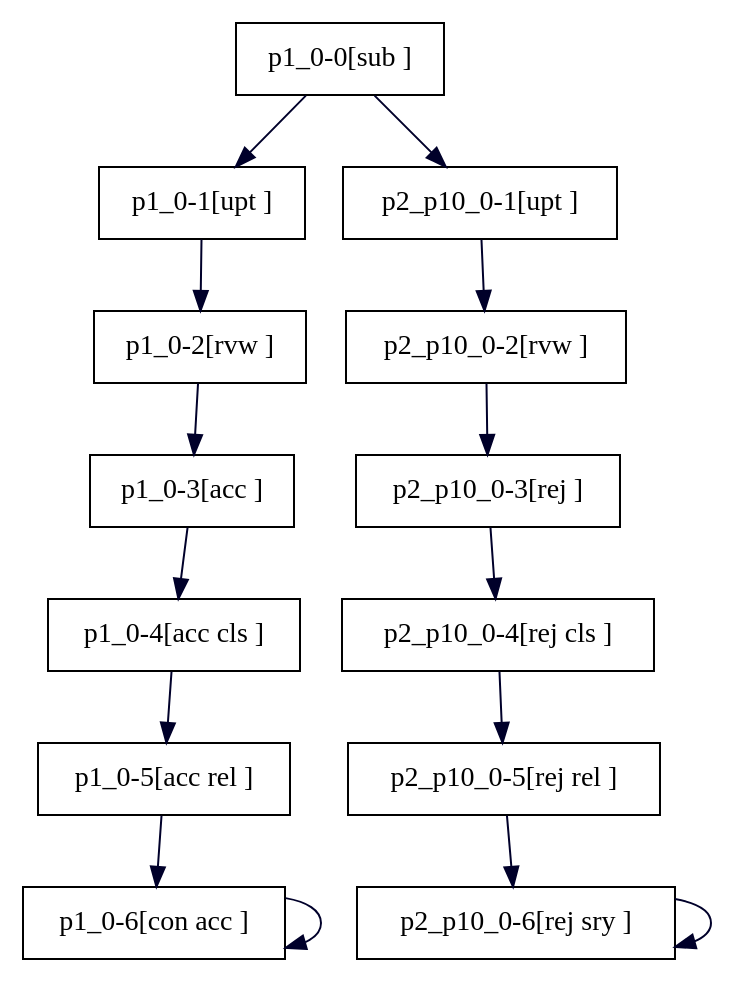
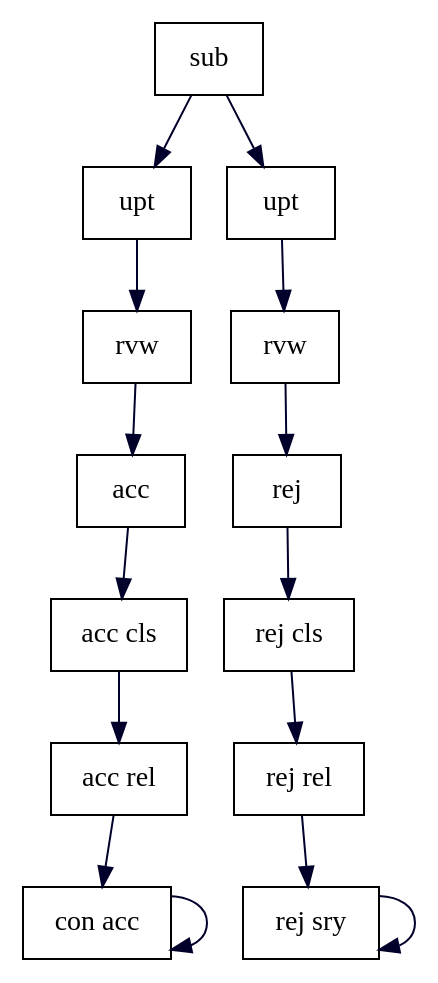
One commit to hobitans/TGHyper changed the diagram in benchmarks/SecLTL/conMS1_sys.dot. Above: the diagram before and after it, drawn with Graphviz. The commit also changed 15 other files, not shown here.

Commit message:
new graph eval

```diff
--- a/benchmarks/SecLTL/conMS1_sys.dot
+++ b/benchmarks/SecLTL/conMS1_sys.dot
@@ -1,32 +1,32 @@
 digraph G {
-  "p1_0-0[sub ]" [shape=box, ];
-  "p1_0-1[upt ]" [shape=box, ];
-  "p1_0-2[rvw ]" [shape=box, ];
-  "p1_0-3[acc ]" [shape=box, ];
-  "p1_0-4[acc cls ]" [shape=box, ];
-  "p1_0-5[acc rel ]" [shape=box, ];
-  "p1_0-6[con acc ]" [shape=box, ];
-  "p2_p10_0-1[upt ]" [shape=box, ];
-  "p2_p10_0-2[rvw ]" [shape=box, ];
-  "p2_p10_0-3[rej ]" [shape=box, ];
-  "p2_p10_0-4[rej cls ]" [shape=box, ];
-  "p2_p10_0-5[rej rel ]" [shape=box, ];
-  "p2_p10_0-6[rej sry ]" [shape=box, ];
+  "p1_0-0[sub ]" [shape=box, label="sub ", ];
+  "p1_0-1[upt ]" [shape=box, label="upt ", ];
+  "p1_0-2[rvw ]" [shape=box, label="rvw ", ];
+  "p1_0-3[acc ]" [shape=box, label="acc ", ];
+  "p1_0-4[acc cls ]" [shape=box, label="acc cls ", ];
+  "p1_0-5[acc rel ]" [shape=box, label="acc rel ", ];
+  "p1_0-6[con acc ]" [shape=box, label="con acc ", ];
+  "p2_p10_0-1[upt ]" [shape=box, label="upt ", ];
+  "p2_p10_0-2[rvw ]" [shape=box, label="rvw ", ];
+  "p2_p10_0-3[rej ]" [shape=box, label="rej ", ];
+  "p2_p10_0-4[rej cls ]" [shape=box, label="rej cls ", ];
+  "p2_p10_0-5[rej rel ]" [shape=box, label="rej rel ", ];
+  "p2_p10_0-6[rej sry ]" [shape=box, label="rej sry ", ];
   
   
   "p1_0-0[sub ]" -> "p1_0-1[upt ]" [color="#00002A", ];
   "p1_0-0[sub ]" -> "p2_p10_0-1[upt ]" [color="#00002A", ];
   "p1_0-1[upt ]" -> "p1_0-2[rvw ]" [color="#00002A", ];
   "p1_0-2[rvw ]" -> "p1_0-3[acc ]" [color="#00002A", ];
   "p1_0-3[acc ]" -> "p1_0-4[acc cls ]" [color="#00002A", ];
   "p1_0-4[acc cls ]" -> "p1_0-5[acc rel ]" [color="#00002A", ];
   "p1_0-5[acc rel ]" -> "p1_0-6[con acc ]" [color="#00002A", ];
   "p1_0-6[con acc ]" -> "p1_0-6[con acc ]" [color="#00002A", ];
   "p2_p10_0-1[upt ]" -> "p2_p10_0-2[rvw ]" [color="#00002A", ];
   "p2_p10_0-2[rvw ]" -> "p2_p10_0-3[rej ]" [color="#00002A", ];
   "p2_p10_0-3[rej ]" -> "p2_p10_0-4[rej cls ]" [color="#00002A", ];
   "p2_p10_0-4[rej cls ]" -> "p2_p10_0-5[rej rel ]" [color="#00002A", ];
   "p2_p10_0-5[rej rel ]" -> "p2_p10_0-6[rej sry ]" [color="#00002A", ];
   "p2_p10_0-6[rej sry ]" -> "p2_p10_0-6[rej sry ]" [color="#00002A", ];
   
   }
```
